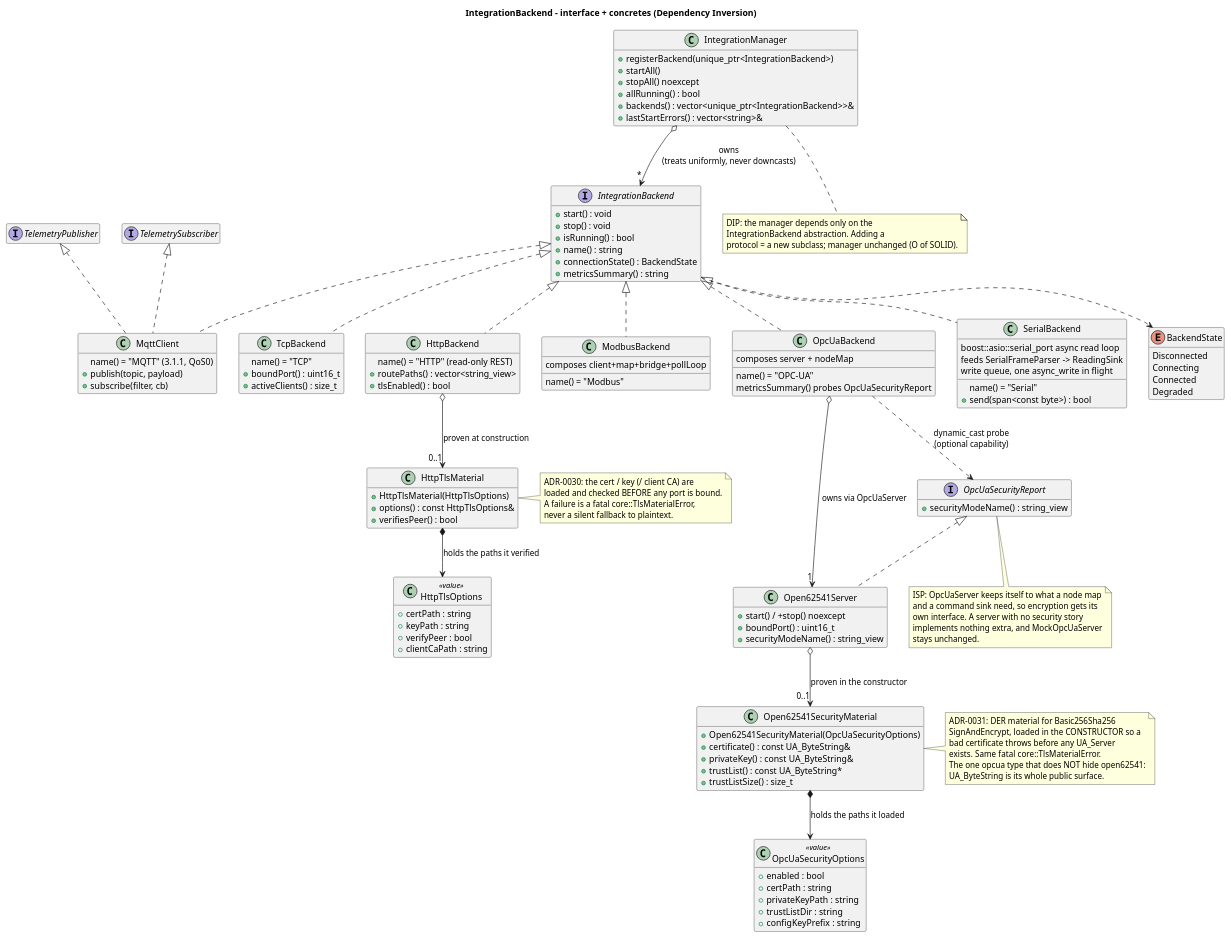
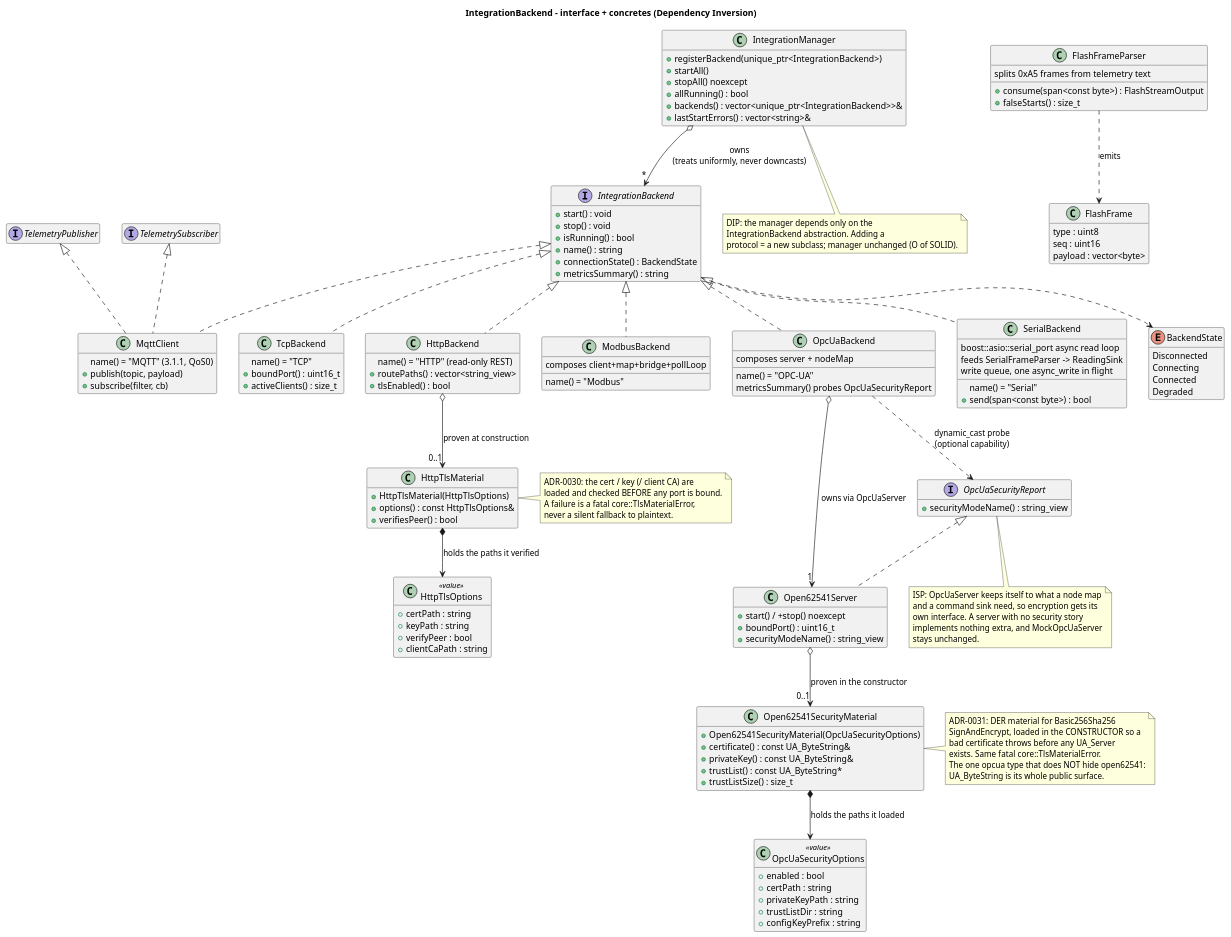
The diagram in docs/uml/class-integration-backend.puml (bogdanbaloi/industrial-hmi), drawn with PlantUML before and after one commit. The commit also changed 7 other files, not shown here.

First line of the commit message:
Document the flash frame codec

```diff
--- a/docs/uml/class-integration-backend.puml
+++ b/docs/uml/class-integration-backend.puml
@@ -1,172 +1,183 @@
 @startuml class-integration-backend
 ' Class diagram: IntegrationBackend interface + concrete backends (DIP).
 '
 ' Grounded in real source:
 '   - src/integration/IntegrationBackend.h  (interface + BackendState enum)
 '   - src/integration/IntegrationManager.h  (owns backends by interface)
 '   - src/integration/TcpBackend.h
 '   - src/integration/MqttClient.h  (also TelemetryPublisher/Subscriber)
 '   - src/integration/HttpBackend.h
 '   - src/integration/HttpTlsMaterial.h / HttpTlsOptions.h
 '   - src/integration/modbus/ModbusBackend.h
 '   - src/integration/opcua/OpcUaBackend.h
 '   - src/integration/opcua/Open62541SecurityMaterial.h
 '   - src/integration/opcua/OpcUaSecurityOptions.h / OpcUaSecurityReport.h
 ' Signatures copied verbatim from those headers.
 
 title IntegrationBackend - interface + concretes (Dependency Inversion)
 
 skinparam shadowing false
 hide empty members
 
 enum BackendState {
   Disconnected
   Connecting
   Connected
   Degraded
 }
 
 interface IntegrationBackend {
   +start() : void
   +stop() : void
   +isRunning() : bool
   +name() : string
   +connectionState() : BackendState
   +metricsSummary() : string
 }
 IntegrationBackend ..> BackendState
 
 class IntegrationManager {
   +registerBackend(unique_ptr<IntegrationBackend>)
   +startAll()
   +stopAll() noexcept
   +allRunning() : bool
   +backends() : vector<unique_ptr<IntegrationBackend>>&
   +lastStartErrors() : vector<string>&
 }
 IntegrationManager o--> "*" IntegrationBackend : owns\n(treats uniformly, never downcasts)
 
 class TcpBackend {
   name() = "TCP"
   +boundPort() : uint16_t
   +activeClients() : size_t
 }
 class MqttClient {
   name() = "MQTT" (3.1.1, QoS0)
   +publish(topic, payload)
   +subscribe(filter, cb)
 }
 class HttpBackend {
   name() = "HTTP" (read-only REST)
   +routePaths() : vector<string_view>
   +tlsEnabled() : bool
 }
 
 class HttpTlsOptions <<value>> {
   +certPath : string
   +keyPath : string
   +verifyPeer : bool
   +clientCaPath : string
 }
 
 class HttpTlsMaterial {
   +HttpTlsMaterial(HttpTlsOptions)
   +options() : const HttpTlsOptions&
   +verifiesPeer() : bool
 }
 class ModbusBackend {
   name() = "Modbus"
   composes client+map+bridge+pollLoop
 }
 class OpcUaBackend {
   name() = "OPC-UA"
   composes server + nodeMap
   metricsSummary() probes OpcUaSecurityReport
 }
 
 interface OpcUaSecurityReport {
   +securityModeName() : string_view
 }
 
 class Open62541Server {
   +start() / +stop() noexcept
   +boundPort() : uint16_t
   +securityModeName() : string_view
 }
 
 class OpcUaSecurityOptions <<value>> {
   +enabled : bool
   +certPath : string
   +privateKeyPath : string
   +trustListDir : string
   +configKeyPrefix : string
 }
 
 class Open62541SecurityMaterial {
   +Open62541SecurityMaterial(OpcUaSecurityOptions)
   +certificate() : const UA_ByteString&
   +privateKey() : const UA_ByteString&
   +trustList() : const UA_ByteString*
   +trustListSize() : size_t
 }
 class SerialBackend {
   name() = "Serial"
   boost::asio::serial_port async read loop
   feeds SerialFrameParser -> ReadingSink
   +send(span<const byte>) : bool
   write queue, one async_write in flight
 }
+class FlashFrameParser {
+  +consume(span<const byte>) : FlashStreamOutput
+  +falseStarts() : size_t
+  splits 0xA5 frames from telemetry text
+}
+class FlashFrame {
+  type : uint8
+  seq : uint16
+  payload : vector<byte>
+}
+FlashFrameParser ..> FlashFrame : emits
 
 interface TelemetryPublisher
 interface TelemetrySubscriber
 
 IntegrationBackend <|.. TcpBackend
 IntegrationBackend <|.. MqttClient
 IntegrationBackend <|.. HttpBackend
 IntegrationBackend <|.. ModbusBackend
 IntegrationBackend <|.. OpcUaBackend
 IntegrationBackend <|.. SerialBackend
 
 TelemetryPublisher  <|.. MqttClient
 TelemetrySubscriber <|.. MqttClient
 
 HttpBackend o--> "0..1" HttpTlsMaterial : proven at construction
 HttpTlsMaterial *--> HttpTlsOptions : holds the paths it verified
 
 OpcUaSecurityReport <|.. Open62541Server
 OpcUaBackend o--> "1" Open62541Server : owns via OpcUaServer
 OpcUaBackend ..> OpcUaSecurityReport : dynamic_cast probe\n(optional capability)
 Open62541Server o--> "0..1" Open62541SecurityMaterial : proven in the constructor
 Open62541SecurityMaterial *--> OpcUaSecurityOptions : holds the paths it loaded
 
 note right of HttpTlsMaterial
   ADR-0030: the cert / key (/ client CA) are
   loaded and checked BEFORE any port is bound.
   A failure is a fatal core::TlsMaterialError,
   never a silent fallback to plaintext.
 end note
 
 note right of Open62541SecurityMaterial
   ADR-0031: DER material for Basic256Sha256
   SignAndEncrypt, loaded in the CONSTRUCTOR so a
   bad certificate throws before any UA_Server
   exists. Same fatal core::TlsMaterialError.
   The one opcua type that does NOT hide open62541:
   UA_ByteString is its whole public surface.
 end note
 
 note bottom of OpcUaSecurityReport
   ISP: OpcUaServer keeps itself to what a node map
   and a command sink need, so encryption gets its
   own interface. A server with no security story
   implements nothing extra, and MockOpcUaServer
   stays unchanged.
 end note
 
 note bottom of IntegrationManager
   DIP: the manager depends only on the
   IntegrationBackend abstraction. Adding a
   protocol = a new subclass; manager unchanged (O of SOLID).
 end note
 
 @enduml
```
